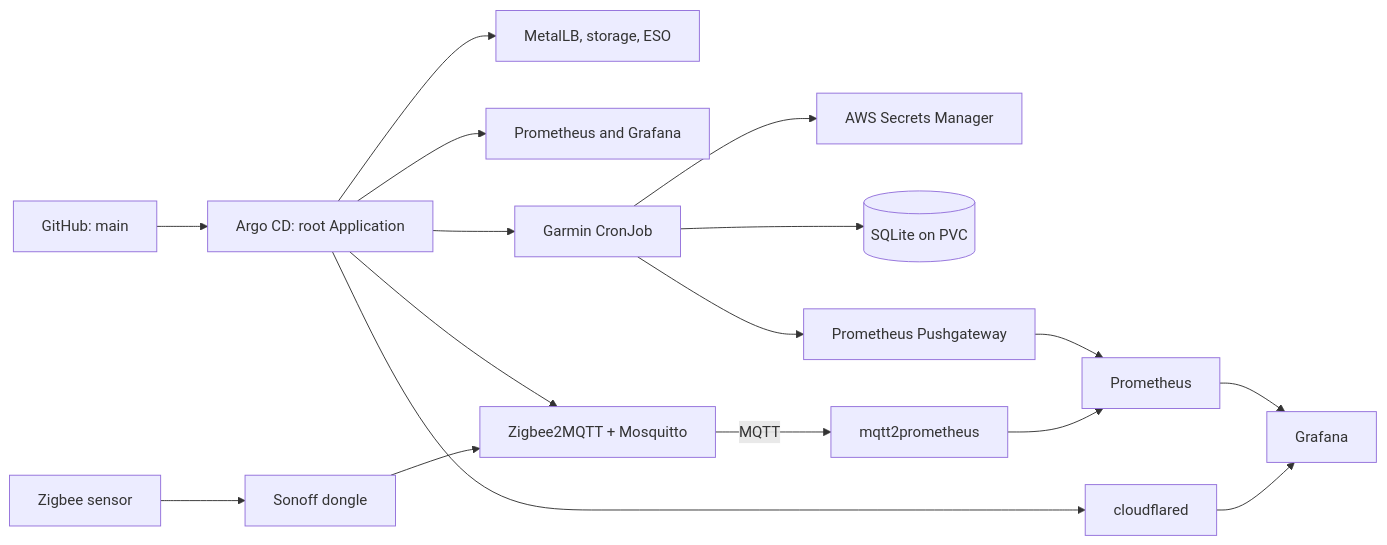
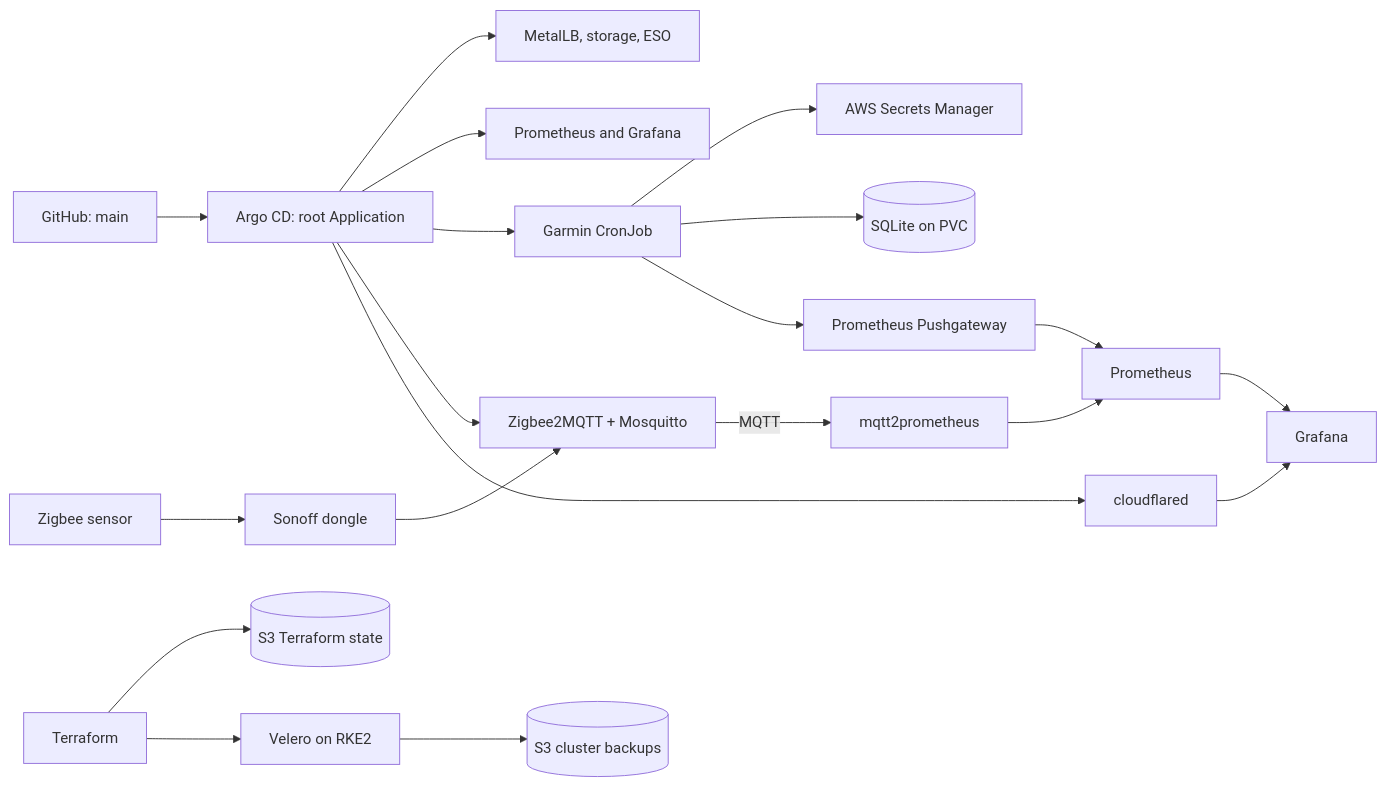
The first of 2 diagrams in README.md (andsidor/HomeLab), drawn with Mermaid before and after one commit. The commit also changed other lines of this file and 4 other files, not shown here.

````diff
--- a/README.md
+++ b/README.md
@@ -11,18 +11,21 @@
 ```mermaid
 flowchart LR
   Git[GitHub: main] --> Root[Argo CD: root Application]
   Root --> Infra[MetalLB, storage, ESO]
   Root --> Monitor[Prometheus and Grafana]
   Root --> Garmin[Garmin CronJob]
   Garmin --> AWS[AWS Secrets Manager]
   Garmin --> PVC[(SQLite on PVC)]
   Garmin --> Pushgateway[Prometheus Pushgateway]
   Pushgateway --> Prometheus[Prometheus]
   Prometheus --> Grafana[Grafana]
   Root --> Z2M[Zigbee2MQTT + Mosquitto]
   Sensor[Zigbee sensor] --> Dongle[Sonoff dongle] --> Z2M
   Z2M -->|MQTT| Exporter[mqtt2prometheus]
   Exporter --> Prometheus
   Root --> CF[cloudflared]
   CF --> Grafana
+  Terraform[Terraform] --> StateS3[(S3 Terraform state)]
+  Terraform --> Velero[Velero on RKE2]
+  Velero --> BackupS3[(S3 cluster backups)]
 ```
````
